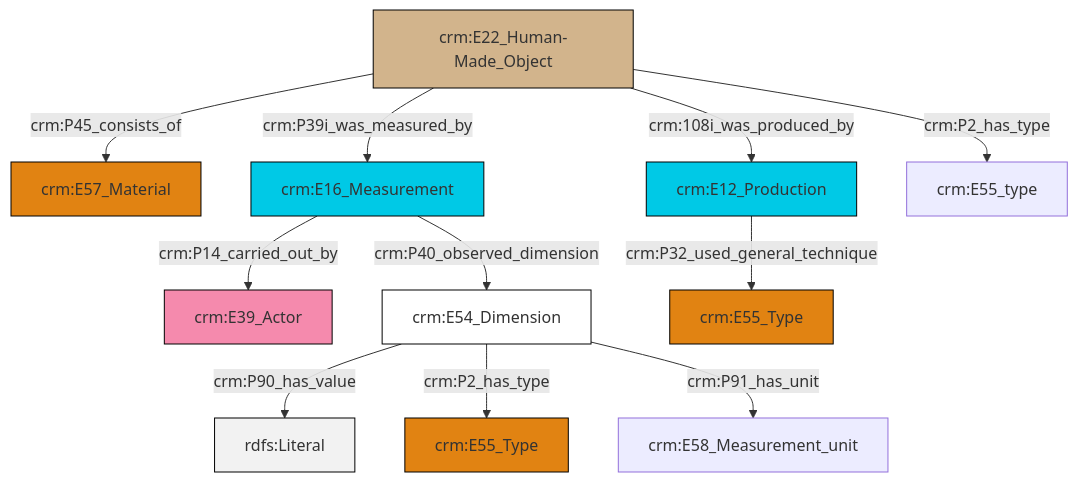
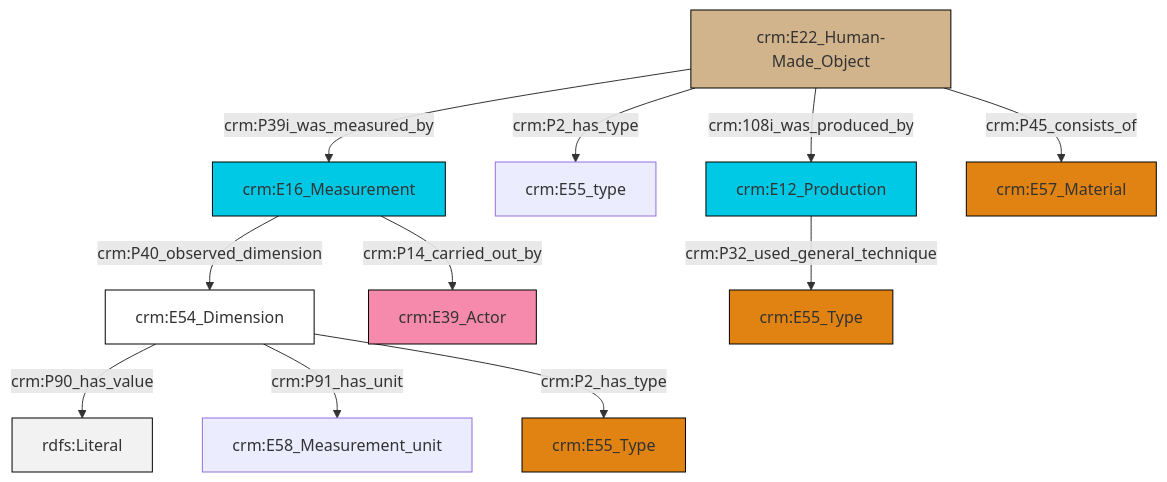
The diagram in et/builtWorkCSV/ttl/mmd/Built_Work_substance.ttl.mmd (swiss-art-research-net/reference-data-models), drawn with Mermaid before and after one commit. The commit also changed 123 other files, not shown here.

```diff
--- a/et/builtWorkCSV/ttl/mmd/Built_Work_substance.ttl.mmd
+++ b/et/builtWorkCSV/ttl/mmd/Built_Work_substance.ttl.mmd
@@ -1,25 +1,25 @@
 graph TD
 classDef Literal fill:#f2f2f2,stroke:#000000;
 classDef CRM_Entity fill:#FFFFFF,stroke:#000000;
 classDef Temporal_Entity fill:#00C9E6, stroke:#000000;
 classDef Type fill:#E18312, stroke:#000000;
 classDef Time-Span fill:#2C9C91, stroke:#000000;
 classDef Appellation fill:#FFEB7F, stroke:#000000;
 classDef Place fill:#008836, stroke:#000000;
 classDef Persistent_Item fill:#B266B2, stroke:#000000;
 classDef Conceptual_Object fill:#FFD700, stroke:#000000;
 classDef Physical_Thing fill:#D2B48C, stroke:#000000;
 classDef Actor fill:#f58aad, stroke:#000000;
 classDef PC_Classes fill:#4ce600, stroke:#000000;
 classDef Multi fill:#cccccc,stroke:#000000;
 
-0["crm:E22_Human-Made_Object"]:::Physical_Thing -->|crm:P45_consists_of| 1["crm:E57_Material"]:::Type
-2["crm:E16_Measurement"]:::Temporal_Entity -->|crm:P14_carried_out_by| 3["crm:E39_Actor"]:::Actor
-2["crm:E16_Measurement"]:::Temporal_Entity -->|crm:P40_observed_dimension| 4["crm:E54_Dimension"]:::CRM_Entity
-5["crm:E12_Production"]:::Temporal_Entity -->|crm:P32_used_general_technique| 6["crm:E55_Type"]:::Type
-4["crm:E54_Dimension"]:::CRM_Entity -->|crm:P90_has_value| 12[rdfs:Literal]:::Literal
-0["crm:E22_Human-Made_Object"]:::Physical_Thing -->|crm:P2_has_type| 10["crm:E55_type"]:::Default
-0["crm:E22_Human-Made_Object"]:::Physical_Thing -->|crm:108i_was_produced_by| 5["crm:E12_Production"]:::Temporal_Entity
-0["crm:E22_Human-Made_Object"]:::Physical_Thing -->|crm:P39i_was_measured_by| 2["crm:E16_Measurement"]:::Temporal_Entity
-4["crm:E54_Dimension"]:::CRM_Entity -->|crm:P2_has_type| 16["crm:E55_Type"]:::Type
-4["crm:E54_Dimension"]:::CRM_Entity -->|crm:P91_has_unit| 18["crm:E58_Measurement_unit"]:::Default
+2["crm:E16_Measurement"]:::Temporal_Entity -->|crm:P40_observed_dimension| 0["crm:E54_Dimension"]:::CRM_Entity
+0["crm:E54_Dimension"]:::CRM_Entity -->|crm:P90_has_value| 5[rdfs:Literal]:::Literal
+6["crm:E22_Human-Made_Object"]:::Physical_Thing -->|crm:P39i_was_measured_by| 2["crm:E16_Measurement"]:::Temporal_Entity
+2["crm:E16_Measurement"]:::Temporal_Entity -->|crm:P14_carried_out_by| 7["crm:E39_Actor"]:::Actor
+6["crm:E22_Human-Made_Object"]:::Physical_Thing -->|crm:P2_has_type| 9["crm:E55_type"]:::Default
+10["crm:E12_Production"]:::Temporal_Entity -->|crm:P32_used_general_technique| 11["crm:E55_Type"]:::Type
+0["crm:E54_Dimension"]:::CRM_Entity -->|crm:P91_has_unit| 3["crm:E58_Measurement_unit"]:::Default
+6["crm:E22_Human-Made_Object"]:::Physical_Thing -->|crm:P45_consists_of| 13["crm:E57_Material"]:::Type
+0["crm:E54_Dimension"]:::CRM_Entity -->|crm:P2_has_type| 15["crm:E55_Type"]:::Type
+6["crm:E22_Human-Made_Object"]:::Physical_Thing -->|crm:108i_was_produced_by| 10["crm:E12_Production"]:::Temporal_Entity
```
